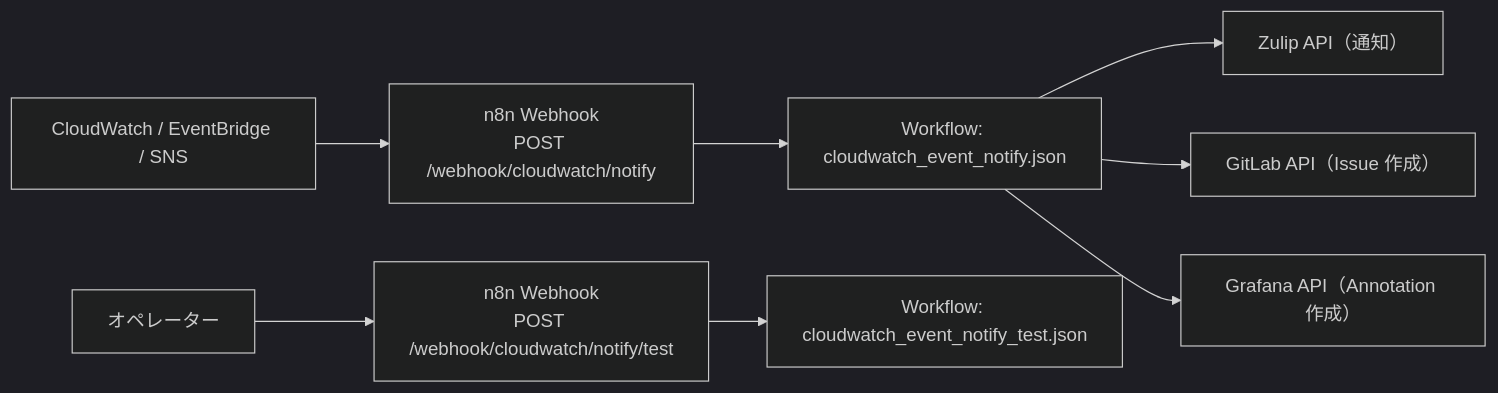
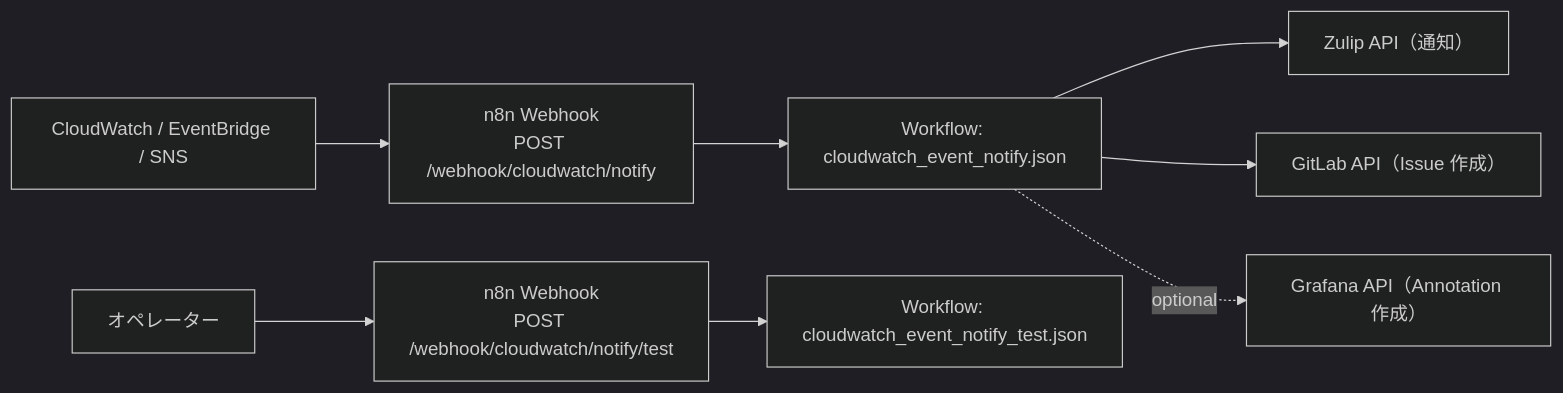
One commit to smic-aiops/aiops-agent changed the diagram in apps/itsm_core/cloudwatch_event_notify/README.md. Above: the diagram before and after it, drawn with Mermaid (dark theme). The commit also changed 24 other files, not shown here.

````diff
--- a/apps/itsm_core/cloudwatch_event_notify/README.md
+++ b/apps/itsm_core/cloudwatch_event_notify/README.md
@@ -50,12 +50,12 @@
 ```mermaid
 flowchart LR
   CW[CloudWatch / EventBridge / SNS] --> Webhook["n8n Webhook<br/>POST /webhook/cloudwatch/notify"]
   Operator[オペレーター] --> TestWebhook["n8n Webhook<br/>POST /webhook/cloudwatch/notify/test"]
 
   Webhook --> WF[Workflow: cloudwatch_event_notify.json]
   TestWebhook --> TestWF[Workflow: cloudwatch_event_notify_test.json]
 
   WF --> Zulip[Zulip API（通知）]
   WF --> GitLab[GitLab API（Issue 作成）]
-  WF --> Grafana[Grafana API（Annotation 作成）]
+  WF -. optional .-> Grafana[Grafana API（Annotation 作成）]
 ```
````
